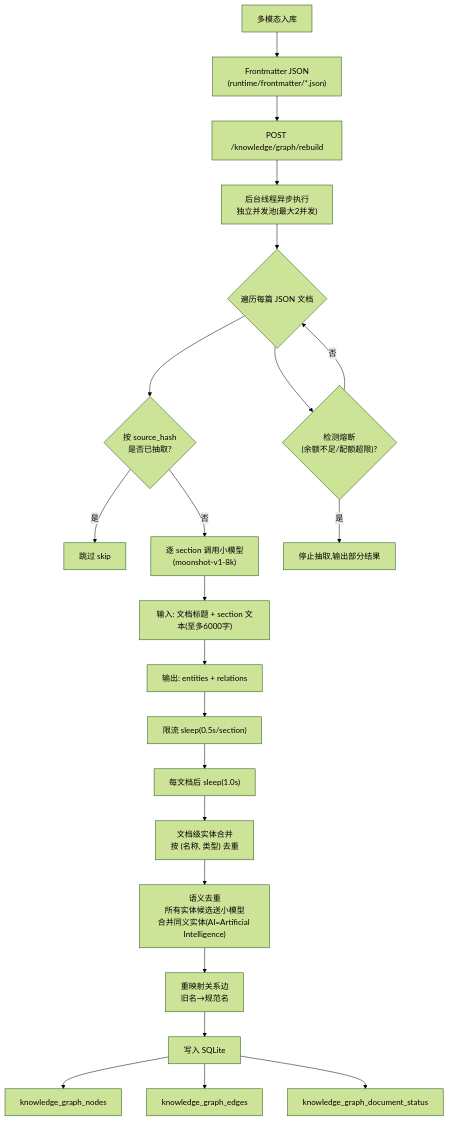
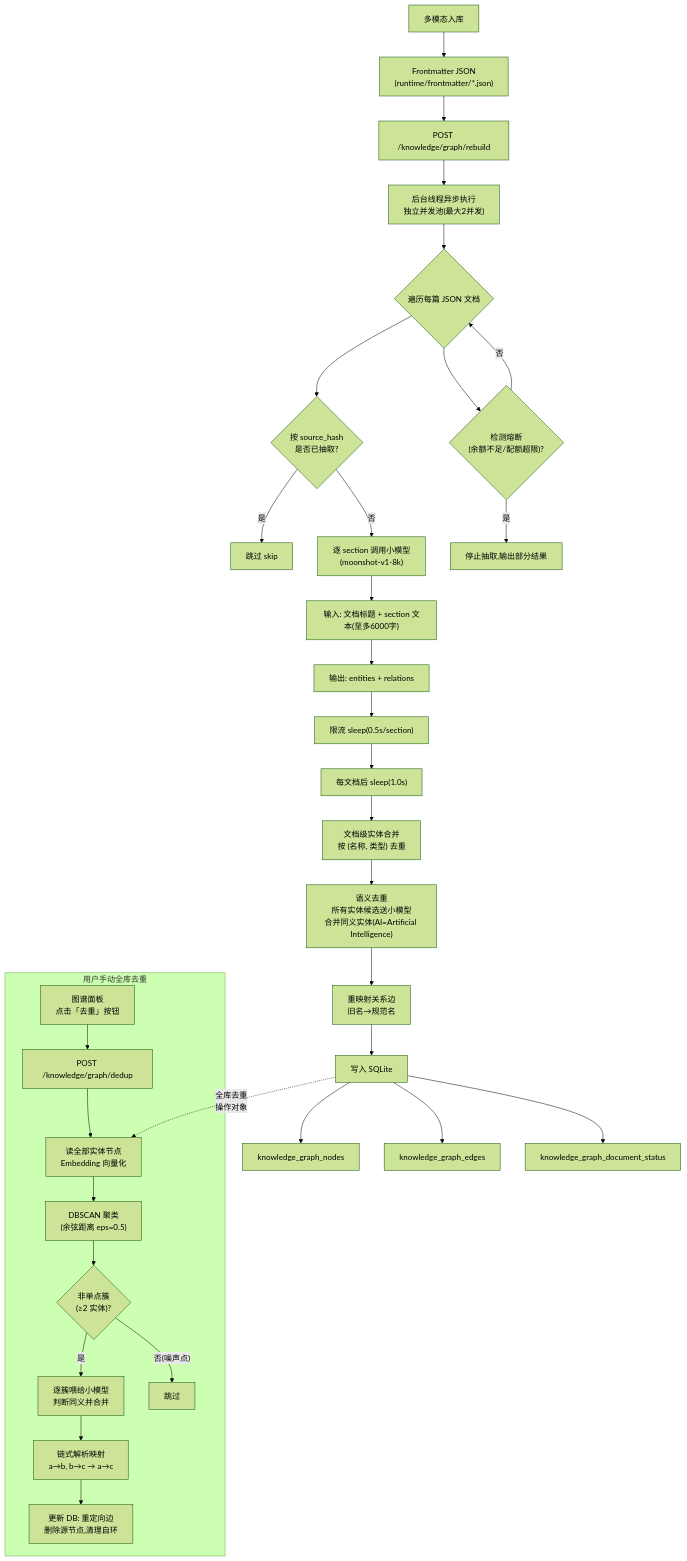
Diagram 22 of 22 in README.md (xiao-Huahuo/Agent-Core-Service), drawn with Mermaid (forest theme) before and after one commit. The commit also changed other lines of this file and 8 other files, not shown here.

Commit message:
图谱全库去重

````diff
--- a/README.md
+++ b/README.md
@@ -968,25 +967,38 @@
 ```mermaid
 flowchart TD
     A["多模态入库"] --> B["Frontmatter JSON<br/>(runtime/frontmatter/*.json)"]
     B --> C["POST /knowledge/graph/rebuild"]
     C --> D["后台线程异步执行<br/>独立并发池(最大2并发)"]
     D --> E{"遍历每篇 JSON 文档"}
     E --> F{"按 source_hash<br/>是否已抽取?"}
     F -->|"是"| G["跳过 skip"]
     F -->|"否"| H["逐 section 调用小模型<br/>(moonshot-v1-8k)"]
     H --> I["输入: 文档标题 + section 文本(至多6000字)"]
     I --> J["输出: entities + relations"]
     J --> K["限流 sleep(0.5s/section)"]
     K --> L["每文档后 sleep(1.0s)"]
     L --> M["文档级实体合并<br/>按 (名称, 类型) 去重"]
     M --> N["语义去重<br/>所有实体候选送小模型<br/>合并同义实体(AI=Artificial Intelligence)"]
     N --> O["重映射关系边<br/>旧名→规范名"]
     O --> P["写入 SQLite"]
     P --> Q["knowledge_graph_nodes"]
     P --> R["knowledge_graph_edges"]
     P --> S["knowledge_graph_document_status"]
     E --> T{"检测熔断<br/>(余额不足/配额超限)?"}
     T -->|"是"| U["停止抽取,输出部分结果"]
     T -->|"否"| E
 
+    subgraph manual_dedup["用户手动全库去重"]
+        V["图谱面板<br/>点击「去重」按钮"] --> W["POST /knowledge/graph/dedup"]
+        W --> X["读全部实体节点<br/>Embedding 向量化"]
+        X --> Y["DBSCAN 聚类<br/>(余弦距离 eps=0.5)"]
+        Y --> Z{"非单点簇<br/>(≥2 实体)?"}
+        Z -->|"是"| AA["逐簇喂给小模型<br/>判断同义并合并"]
+        Z -->|"否(噪声点)"| AB["跳过"]
+        AA --> AC["链式解析映射<br/>a→b, b→c → a→c"]
+        AC --> AD["更新 DB: 重定向边<br/>删除源节点,清理自环"]
+    end
+
+    P -.->|"全库去重<br/>操作对象"| X
+
 ```
````
